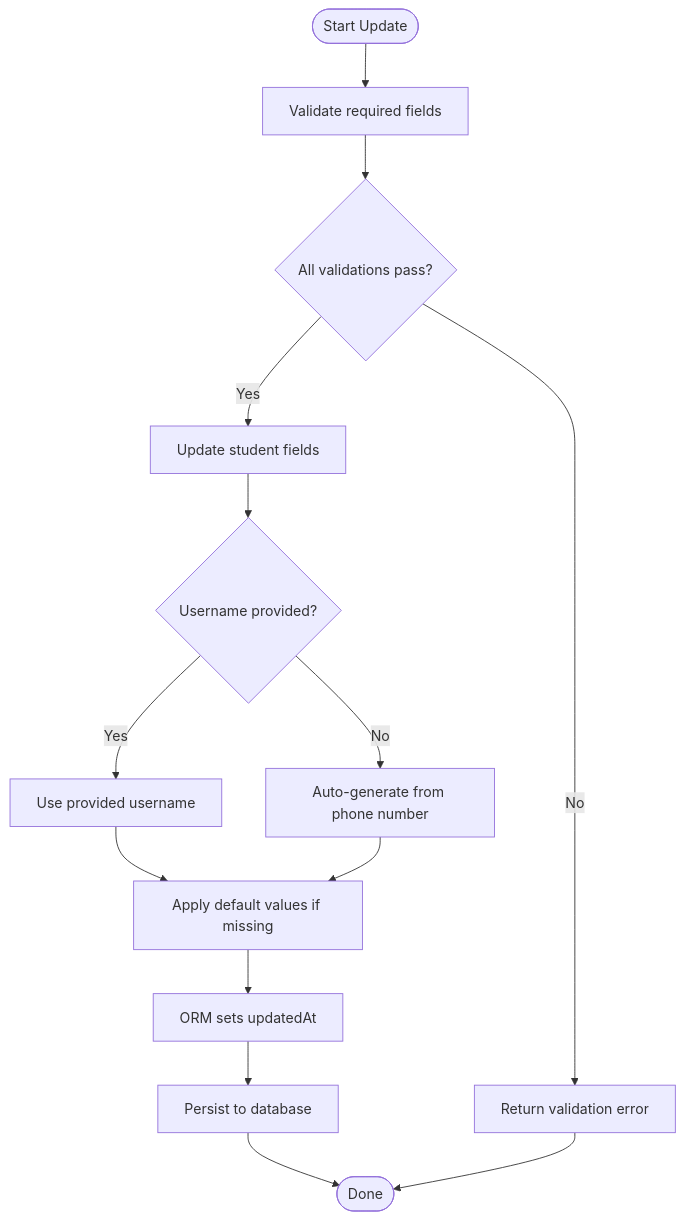
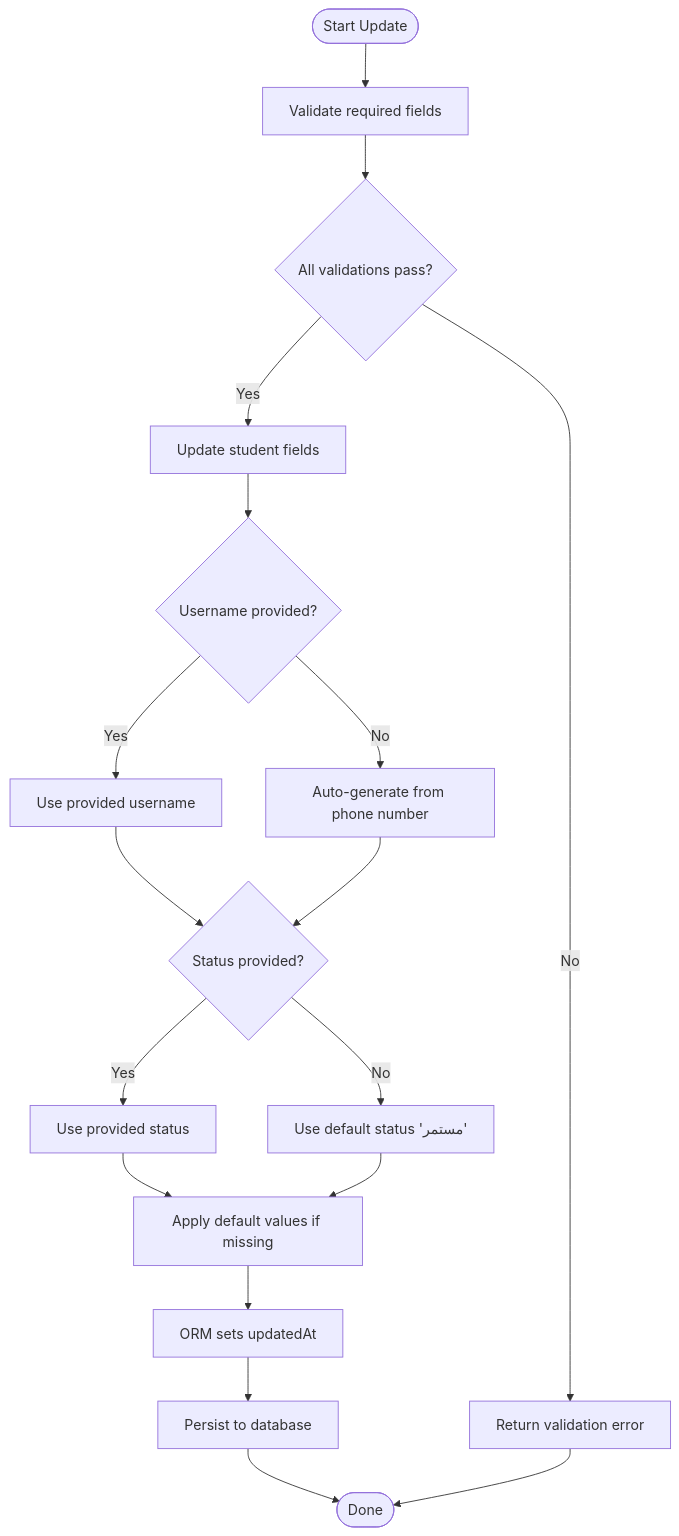
One commit to Mreng78/khirocom_project changed the sixth of 8 diagrams in .qoder/repowiki/en/content/Database Design/Student Model.md. Above: the diagram before and after it, drawn with Mermaid. The commit also changed other lines of this file and 6 other files, not shown here.

````diff
--- a/.qoder/repowiki/en/content/Database Design/Student Model.md
+++ b/.qoder/repowiki/en/content/Database Design/Student Model.md
@@ -232,16 +263,20 @@
 ```mermaid
 flowchart TD
 Start(["Start Update"]) --> Validate["Validate required fields"]
 Validate --> Valid{"All validations pass?"}
 Valid --> |No| Error["Return validation error"]
 Valid --> |Yes| UpdateRecord["Update student fields"]
 UpdateRecord --> CheckUsername{"Username provided?"}
 CheckUsername --> |Yes| UseProvided["Use provided username"]
 CheckUsername --> |No| AutoGenerate["Auto-generate from phone number"]
-UseProvided --> SetDefaults["Apply default values if missing"]
-AutoGenerate --> SetDefaults
+UseProvided --> CheckStatus{"Status provided?"}
+AutoGenerate --> CheckStatus
+CheckStatus --> |Yes| UseProvidedStatus["Use provided status"]
+CheckStatus --> |No| DefaultStatus["Use default status 'مستمر'"]
+UseProvidedStatus --> SetDefaults["Apply default values if missing"]
+DefaultStatus --> SetDefaults
 SetDefaults --> SetTimestamps["ORM sets updatedAt"]
 SetTimestamps --> Save["Persist to database"]
 Save --> Done(["Done"])
 Error --> Done
 ```
````
